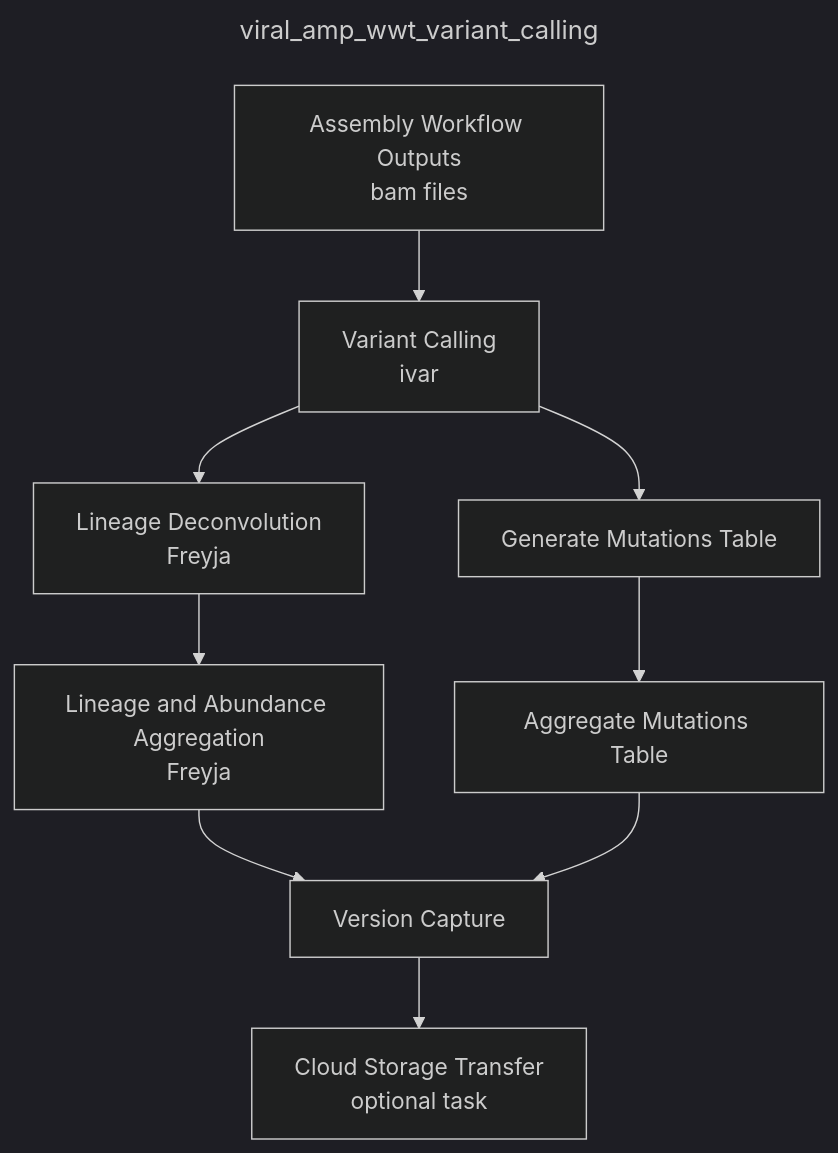
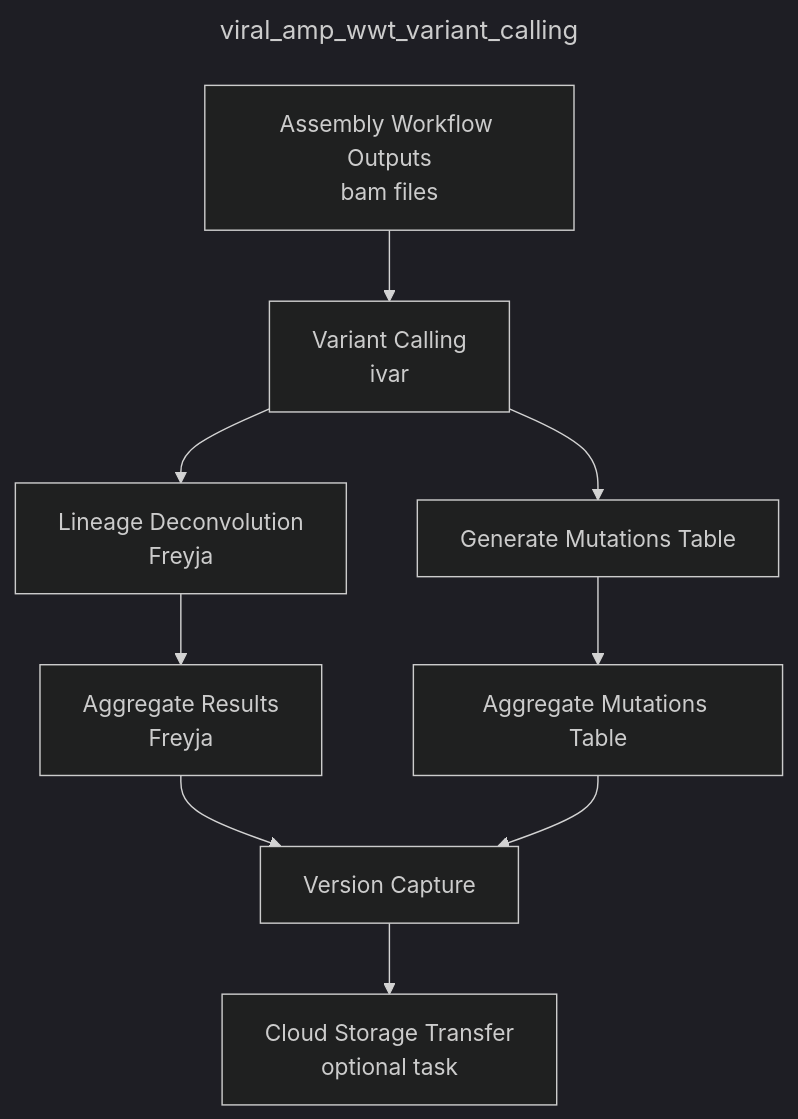
Before and after one commit to CDPHE-bioinformatics/CDPHE-Viral-Amplicon-WDL: the third of 3 diagrams in README.md, drawn with Mermaid (dark theme).

````diff
--- a/README.md
+++ b/README.md
@@ -56,13 +56,13 @@
 ```mermaid
 ---
 title: viral_amp_wwt_variant_calling
 ---
 graph TD
     A[Assembly Workflow Outputs<br/>bam files] --> B[Variant Calling<br/>ivar]
     B --> C[Lineage Deconvolution<br/>Freyja]
-    C --> D[Lineage and Abundance Aggregation<br/>Freyja]
+    C --> D[Aggregate Results<br/>Freyja]
     B --> E[Generate Mutations Table]
     E --> F[Aggregate Mutations Table]
     D & F --> G[Version Capture]
     G --> H[Cloud Storage Transfer<br/>optional task]
 ```
````
